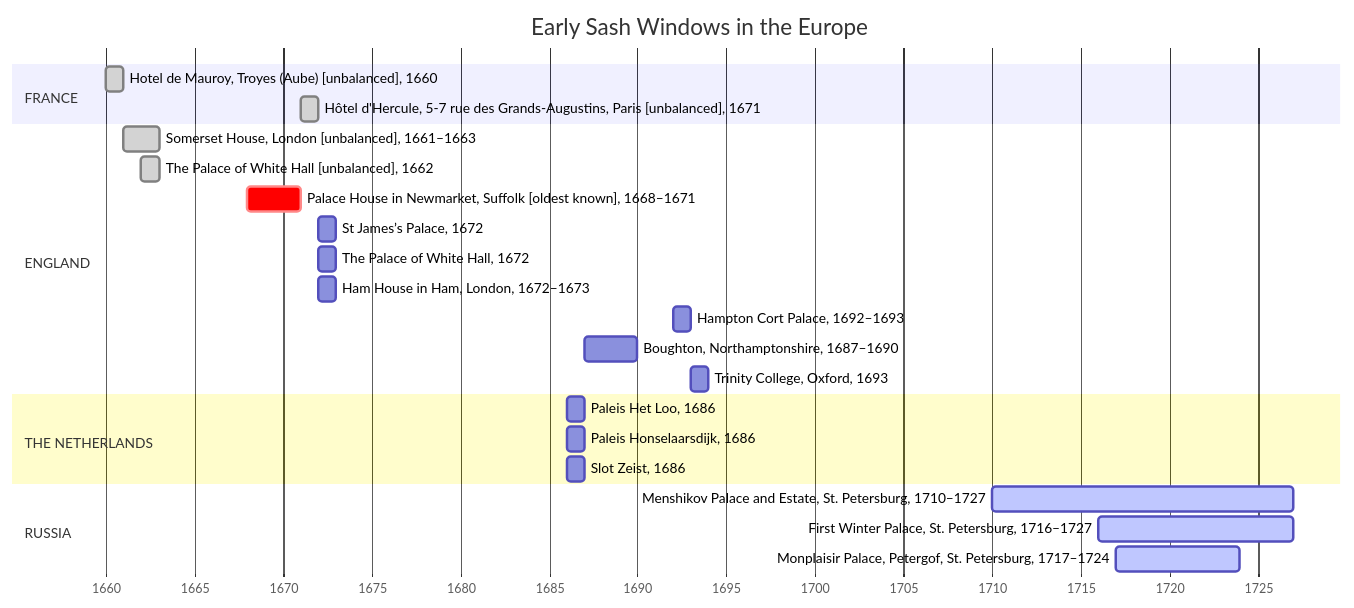
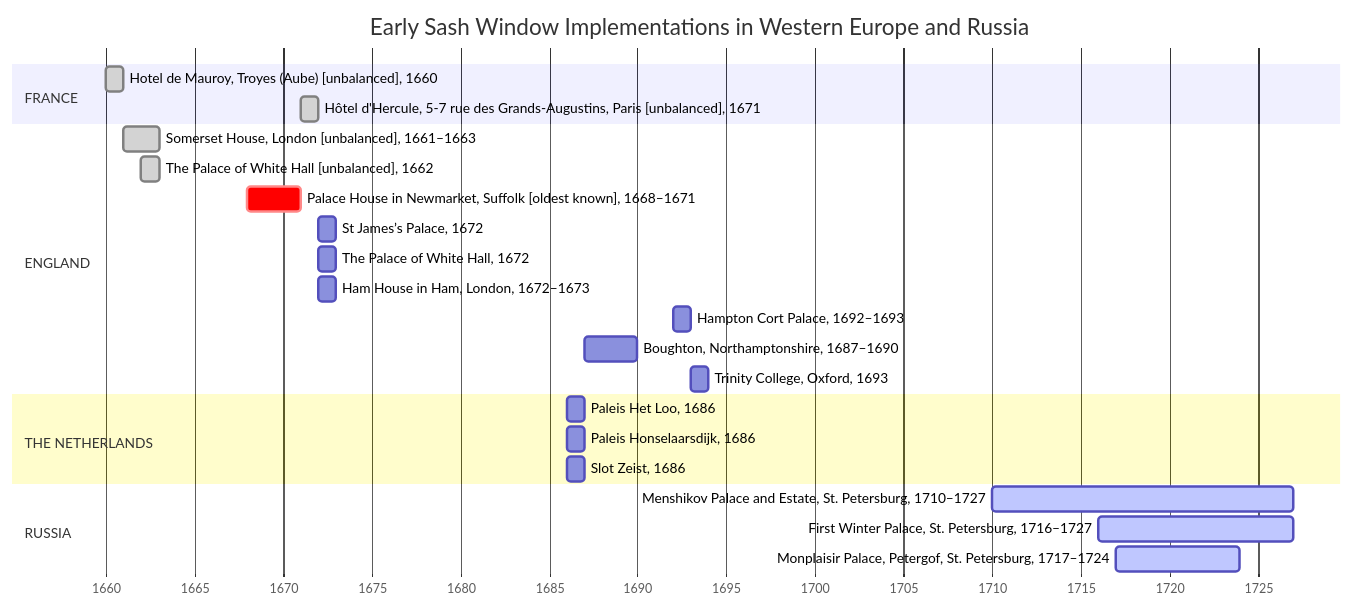
The diagram in TIMELINE_EARLY_SASH_WINDOWS.md (tropintropin/sash_windows), drawn with Mermaid before and after one commit. The commit also changed other lines of this file, not shown here.

Commit message:
Fix name of the diagram in the early sash windows timeline
Changes to be committed:
	modified:   TIMELINE_EARLY_SASH_WINDOWS.md

````diff
--- a/TIMELINE_EARLY_SASH_WINDOWS.md
+++ b/TIMELINE_EARLY_SASH_WINDOWS.md
@@ -3,33 +3,33 @@
 ```mermaid
 gantt
-	title Early Sash Windows in the Europe
+	title Early Sash Window Implementations in Western Europe and Russia
 	dateFormat YYYY
     axisFormat %Y
 
     section FRANCE
         Hotel de Mauroy, Troyes (Aube) [unbalanced], 1660                           : done, 1660, 1y
         Hôtel d'Hercule, 5-7 rue des Grands-Augustins, Paris [unbalanced], 1671     : done, 1671, 1y
 
 	section ENGLAND
         Somerset House, London [unbalanced], 1661–1663                              : done, 1661, 1663
 		The Palace of White Hall [unbalanced], 1662                                 : done, 1662, 1y
 		Palace House in Newmarket, Suffolk [oldest known], 1668–1671                : crit, 1668, 1671
         St James’s Palace, 1672                                                     : 1672, 1y
 		The Palace of White Hall, 1672                                              : 1672, 1y
         Ham House in Ham, London, 1672–1673                                         : 1672, 1673
 		Hampton Cort Palace, 1692–1693                                              : 1692, 1693
 		Boughton, Northamptonshire, 1687–1690                                       : 1687, 1690
 		Trinity College, Oxford, 1693                                               : 1693, 1y
 
     section THE NETHERLANDS
         Paleis Het Loo, 1686                                                        : 1686, 1y
         Paleis Honselaarsdijk, 1686                                                 : 1686, 1y
         Slot Zeist, 1686                                                            : 1686, 1y
 
     section RUSSIA
         Menshikov Palace and Estate, St. Petersburg, 1710–1727                      : active, 1710, 1727
         First Winter Palace, St. Petersburg, 1716–1727                              : active, 1716, 1727
         Monplaisir Palace, Petergof, St. Petersburg, 1717–1724                      : active, 1717, 1724
 
 
 ```
````
